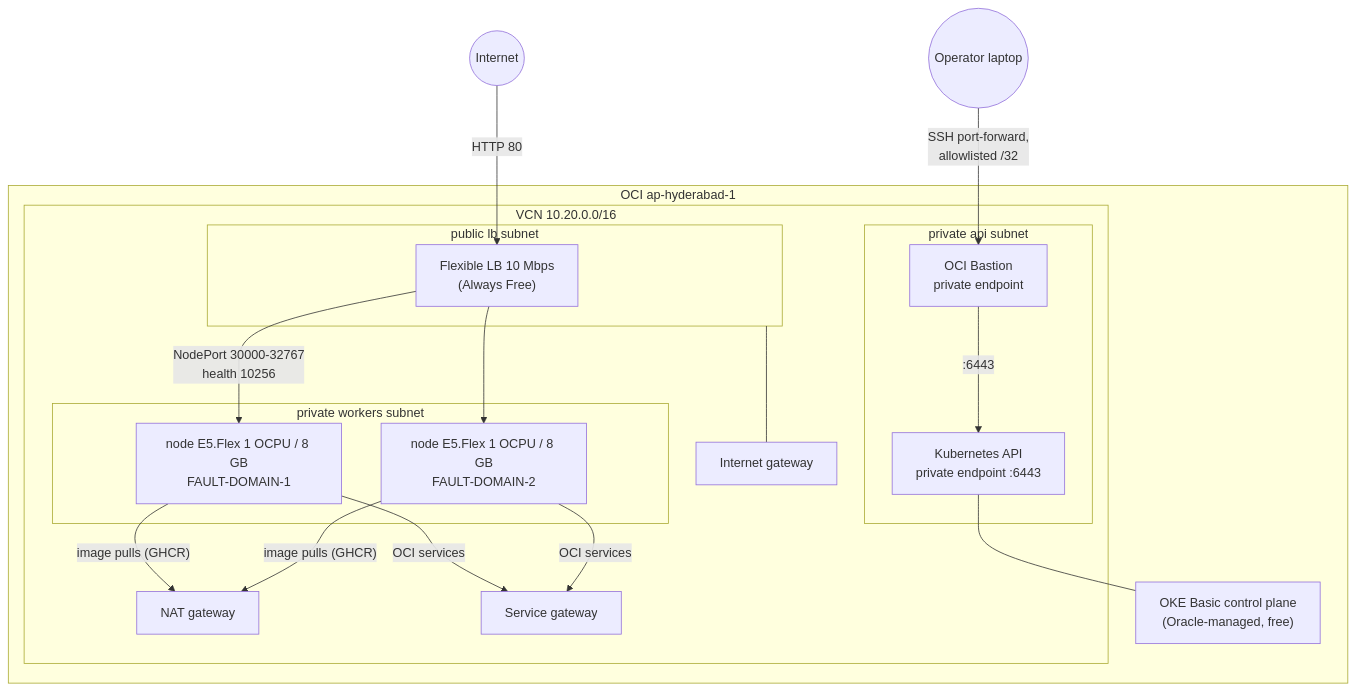
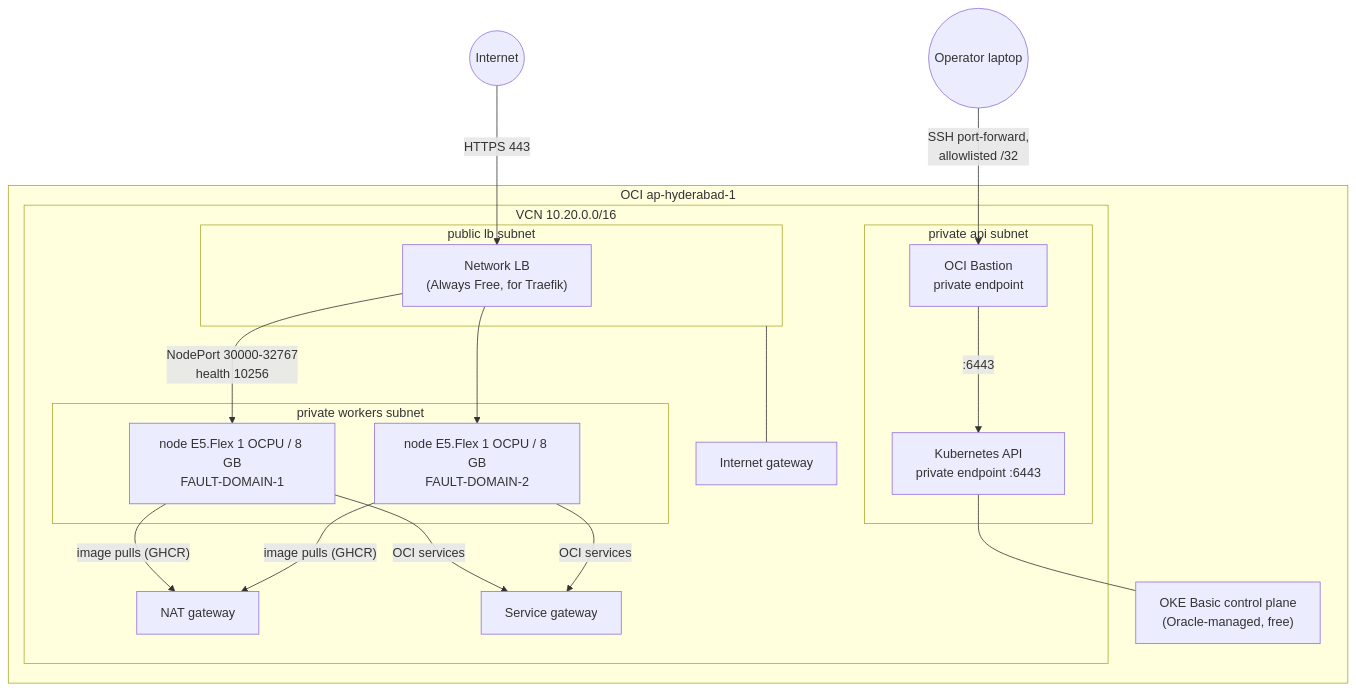
One commit to Sandeep-RN/oci-k8s-gitops-demo changed the third of 7 diagrams in docs/architecture.md. Above: the diagram before and after it, drawn with Mermaid. The commit also changed other lines of this file and 3 other files, not shown here.

````diff
--- a/docs/architecture.md
+++ b/docs/architecture.md
@@ -126,33 +131,33 @@
 ```mermaid
 flowchart TB
-    user(("Internet")) -->|"HTTP 80"| lb
+    user(("Internet")) -->|"HTTPS 443"| lb
     laptop(("Operator laptop")) -->|"SSH port-forward,<br/>allowlisted /32"| bastion
 
     subgraph oci["OCI ap-hyderabad-1"]
       subgraph vcn["VCN 10.20.0.0/16"]
         subgraph lbsn["public lb subnet"]
-          lb["Flexible LB 10 Mbps<br/>(Always Free)"]
+          lb["Network LB<br/>(Always Free, for Traefik)"]
         end
         subgraph apisn["private api subnet"]
           api["Kubernetes API<br/>private endpoint :6443"]
           bastion["OCI Bastion<br/>private endpoint"]
         end
         subgraph wsn["private workers subnet"]
           n1["node E5.Flex 1 OCPU / 8 GB<br/>FAULT-DOMAIN-1"]
           n2["node E5.Flex 1 OCPU / 8 GB<br/>FAULT-DOMAIN-2"]
         end
         nat["NAT gateway"]
         sgw["Service gateway"]
         igw["Internet gateway"]
       end
       cp["OKE Basic control plane<br/>(Oracle-managed, free)"]
     end
 
     bastion -->|":6443"| api
     api --- cp
     lb -->|"NodePort 30000-32767<br/>health 10256"| n1
     lb --> n2
     n1 & n2 -->|"image pulls (GHCR)"| nat
     n1 & n2 -->|"OCI services"| sgw
     lbsn --- igw
 ```
````
